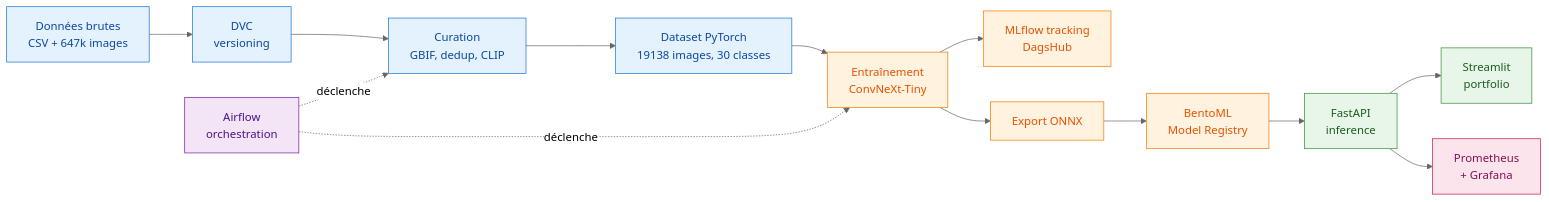
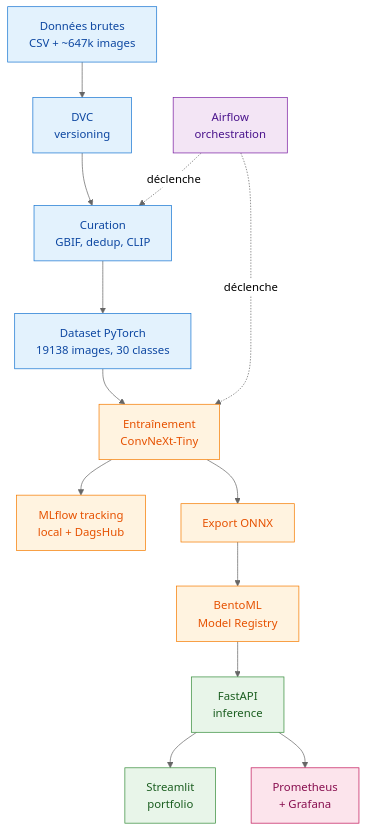
Before and after one commit to DominiqueGEORGES/Champy_Classifier: the first of 2 diagrams in ARCHITECTURE.md, drawn with Mermaid (neutral theme). The commit also changed other lines of this file and 3 other files, not shown here.

Commit message:
docs: alignement ARCHITECTURE v2.1, PLAYBOOK, ci-cd et LOGBOOK sur la stack a 13 conteneurs

````diff
--- a/ARCHITECTURE.md
+++ b/ARCHITECTURE.md
@@ -27,27 +27,27 @@
 ```mermaid
-flowchart LR
-    A["Données brutes<br/>CSV + 647k images"] --> B["DVC<br/>versioning"]
+flowchart TD
+    A["Données brutes<br/>CSV + ~647k images"] --> B["DVC<br/>versioning"]
     B --> C["Curation<br/>GBIF, dedup, CLIP"]
     C --> D["Dataset PyTorch<br/>19138 images, 30 classes"]
     D --> E["Entraînement<br/>ConvNeXt-Tiny"]
-    E --> F["MLflow tracking<br/>DagsHub"]
+    E --> F["MLflow tracking<br/>local + DagsHub"]
     E --> G["Export ONNX"]
     G --> H["BentoML<br/>Model Registry"]
     H --> I["FastAPI<br/>inference"]
     I --> J["Streamlit<br/>portfolio"]
     I --> K["Prometheus<br/>+ Grafana"]
     L["Airflow<br/>orchestration"] -. déclenche .-> C
     L -. déclenche .-> E
 
     classDef data fill:#e3f2fd,stroke:#1976d2,color:#0d47a1
     classDef ml fill:#fff3e0,stroke:#f57c00,color:#e65100
     classDef serve fill:#e8f5e9,stroke:#388e3c,color:#1b5e20
     classDef monitor fill:#fce4ec,stroke:#c2185b,color:#880e4f
     classDef orchestrate fill:#f3e5f5,stroke:#7b1fa2,color:#4a148c
 
     class A,B,C,D data
     class E,F,G,H ml
     class I,J serve
     class K monitor
     class L orchestrate
 ```
````
